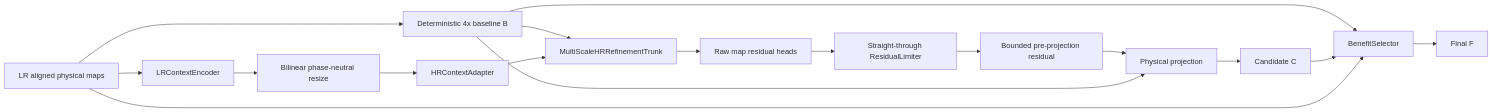
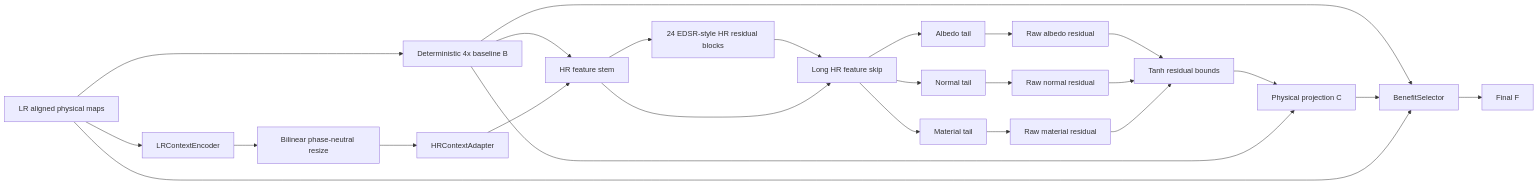
One commit to JamieShelley/trinity changed the diagram in tools/nsamdr/README.md. Above: the diagram before and after it, drawn with Mermaid. The commit also changed other lines of this file, not shown here.

Commit message:
Document V15 literature-aligned single-resolution architecture

````diff
--- a/tools/nsamdr/README.md
+++ b/tools/nsamdr/README.md
@@ -113,21 +116,32 @@
 ```mermaid
 flowchart LR
     LR[LR aligned physical maps] --> B[Deterministic 4x baseline B]
     LR --> ENC[LRContextEncoder]
     ENC --> RESIZE[Bilinear phase-neutral resize]
     RESIZE --> ADAPT[HRContextAdapter]
 
-    B --> REF[MultiScaleHRRefinementTrunk]
-    ADAPT --> REF
-    REF --> RAW[Raw map residual heads]
-    RAW --> LIMIT[Straight-through ResidualLimiter]
-    LIMIT --> PRE[Bounded pre-projection residual]
-    PRE --> PROJ[Physical projection]
-    B --> PROJ
-    PROJ --> C[Candidate C]
+    B --> STEM[HR feature stem]
+    ADAPT --> STEM
+    STEM --> BODY[24 EDSR-style HR residual blocks]
+    BODY --> LONG[Long HR feature skip]
+    STEM --> LONG
+
+    LONG --> AT[Albedo tail]
+    LONG --> NT[Normal tail]
+    LONG --> MT[Material tail]
+
+    AT --> AR[Raw albedo residual]
+    NT --> NR[Raw normal residual]
+    MT --> MR[Raw material residual]
+
+    AR --> BOUND[Tanh residual bounds]
+    NR --> BOUND
+    MR --> BOUND
+    BOUND --> C[Physical projection C]
+    B --> C
 
     B --> SEL[BenefitSelector]
     C --> SEL
     LR --> SEL
     SEL --> F[Final F]
 ```
````
